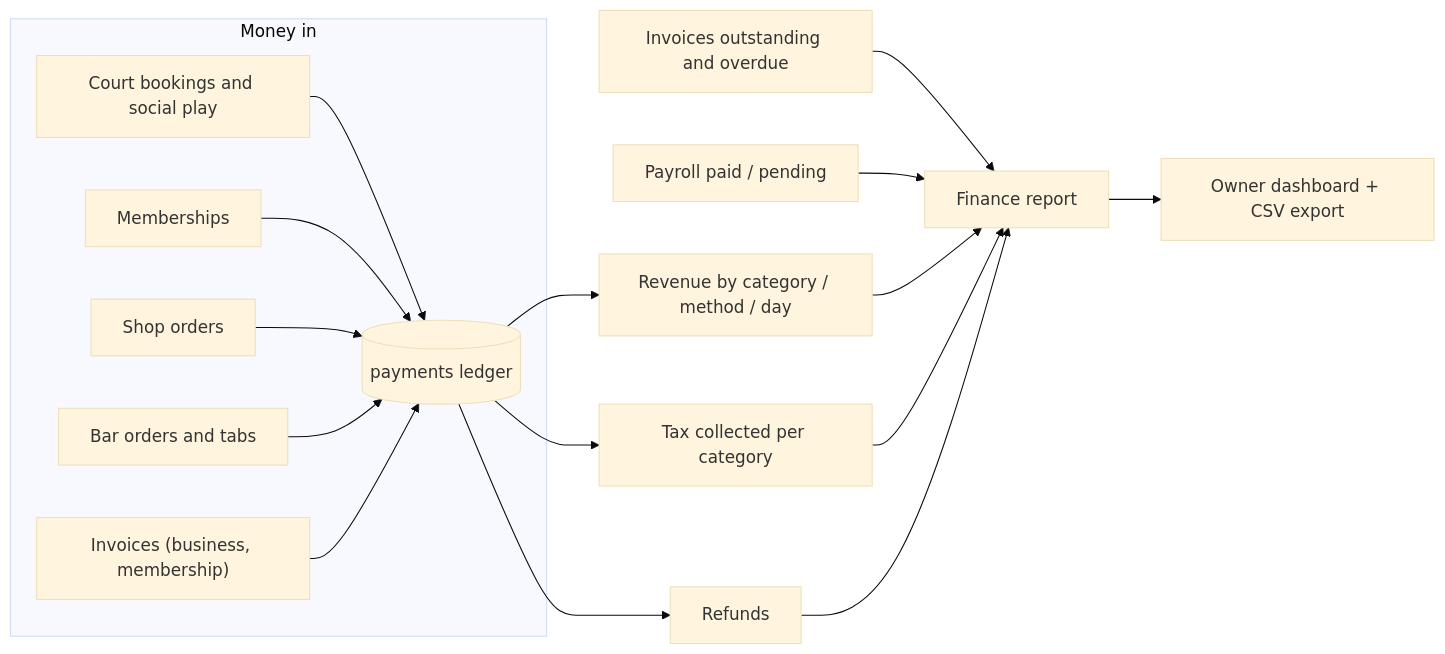
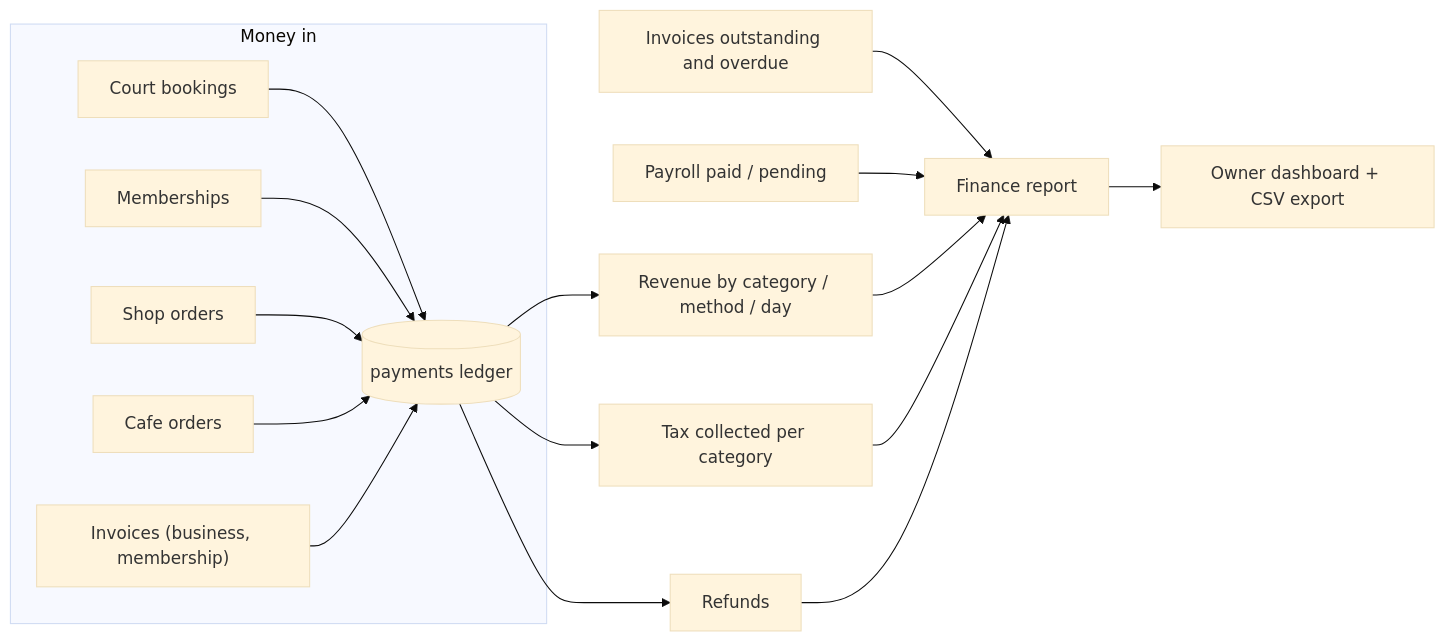
Diagram 18 of 18 in docs/workflows/USER_FLOWS.md (OjasPurohit/Meridian-Bay), drawn with Mermaid (base theme) before and after one commit. The commit also changed other lines of this file and 276 other files, not shown here.

````diff
--- a/docs/workflows/USER_FLOWS.md
+++ b/docs/workflows/USER_FLOWS.md
@@ -411,19 +323,19 @@
 ```mermaid
 flowchart LR
   subgraph IN["Money in"]
-    C["Court bookings and social play"] --> P[("payments ledger")]
+    C["Court bookings"] --> P[("payments ledger")]
     M["Memberships"] --> P
     S["Shop orders"] --> P
-    B["Bar orders and tabs"] --> P
+    B["Cafe orders"] --> P
     I["Invoices (business, membership)"] --> P
   end
   P --> R["Revenue by category / method / day"]
   P --> T["Tax collected per category"]
   P --> RF["Refunds"]
   INV["Invoices outstanding and overdue"] --> F["Finance report"]
   PR["Payroll paid / pending"] --> F
   R --> F
   T --> F
   RF --> F
   F --> D["Owner dashboard + CSV export"]
 ```
````
